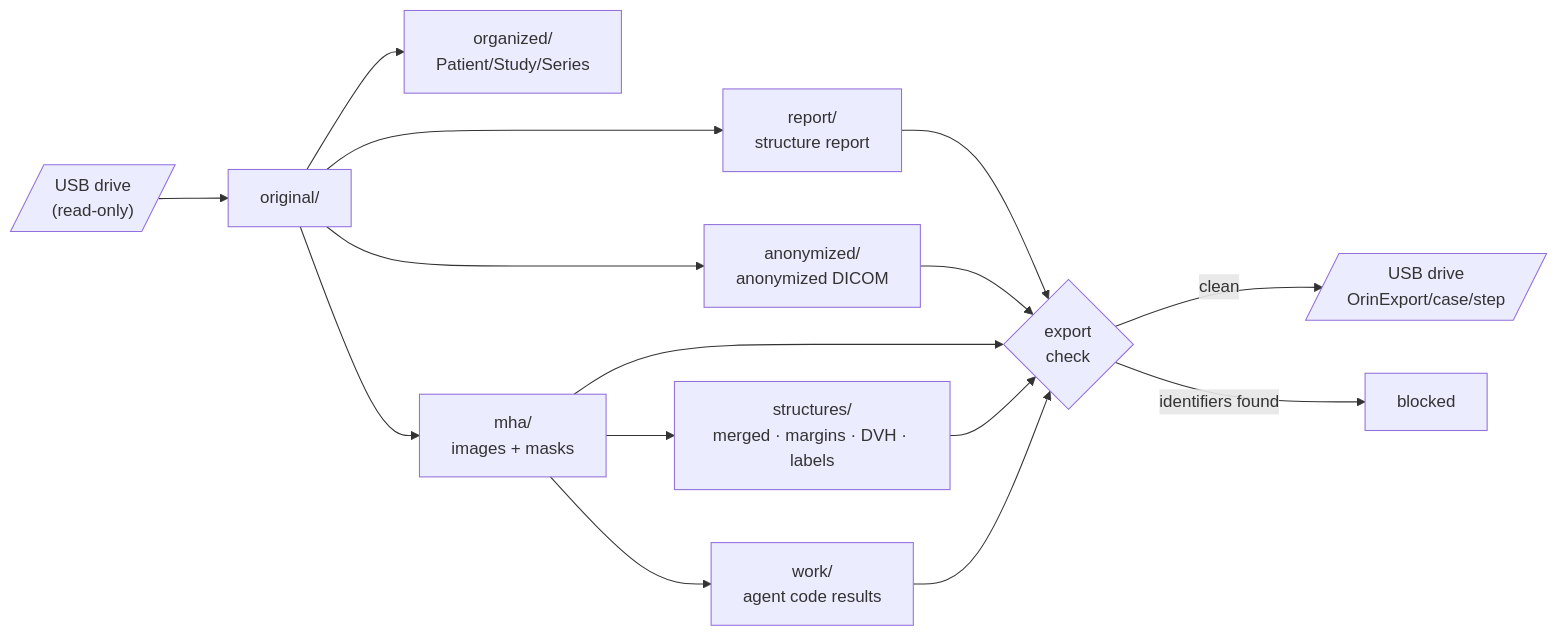
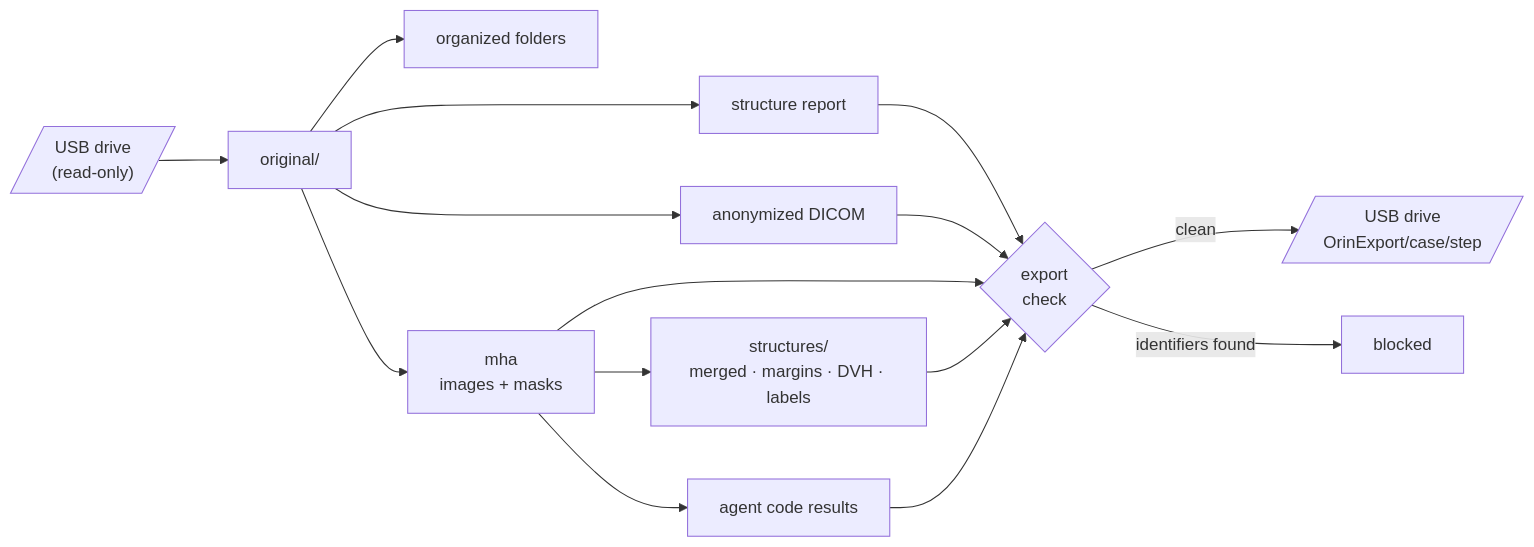
The second of 4 diagrams in README.md (cwei42/meddata-agent), drawn with Mermaid before and after one commit. The commit also changed other lines of this file and 17 other files, not shown here.

````diff
--- a/README.md
+++ b/README.md
@@ -123,13 +136,13 @@
 ```mermaid
 flowchart LR
     U[/"USB drive<br/>(read-only)"/] --> O["original/"]
-    O --> REP["report/<br/>structure report"]
-    O --> ORG["organized/<br/>Patient/Study/Series"]
-    O --> AN["anonymized/<br/>anonymized DICOM"]
-    O --> MHA["mha/<br/>images + masks"]
+    O --> REP["structure report"]
+    O --> ORG["organized folders"]
+    O --> AN["anonymized DICOM"]
+    O --> MHA["mha<br/>images + masks"]
     MHA --> ST["structures/<br/>merged · margins · DVH · labels"]
-    MHA --> WK["work/<br/>agent code results"]
+    MHA --> WK["agent code results"]
     REP & AN & MHA & ST & WK --> X{"export<br/>check"}
     X -->|clean| E[/"USB drive<br/>OrinExport/case/step"/]
     X -->|identifiers found| B["blocked"]
 ```
````
